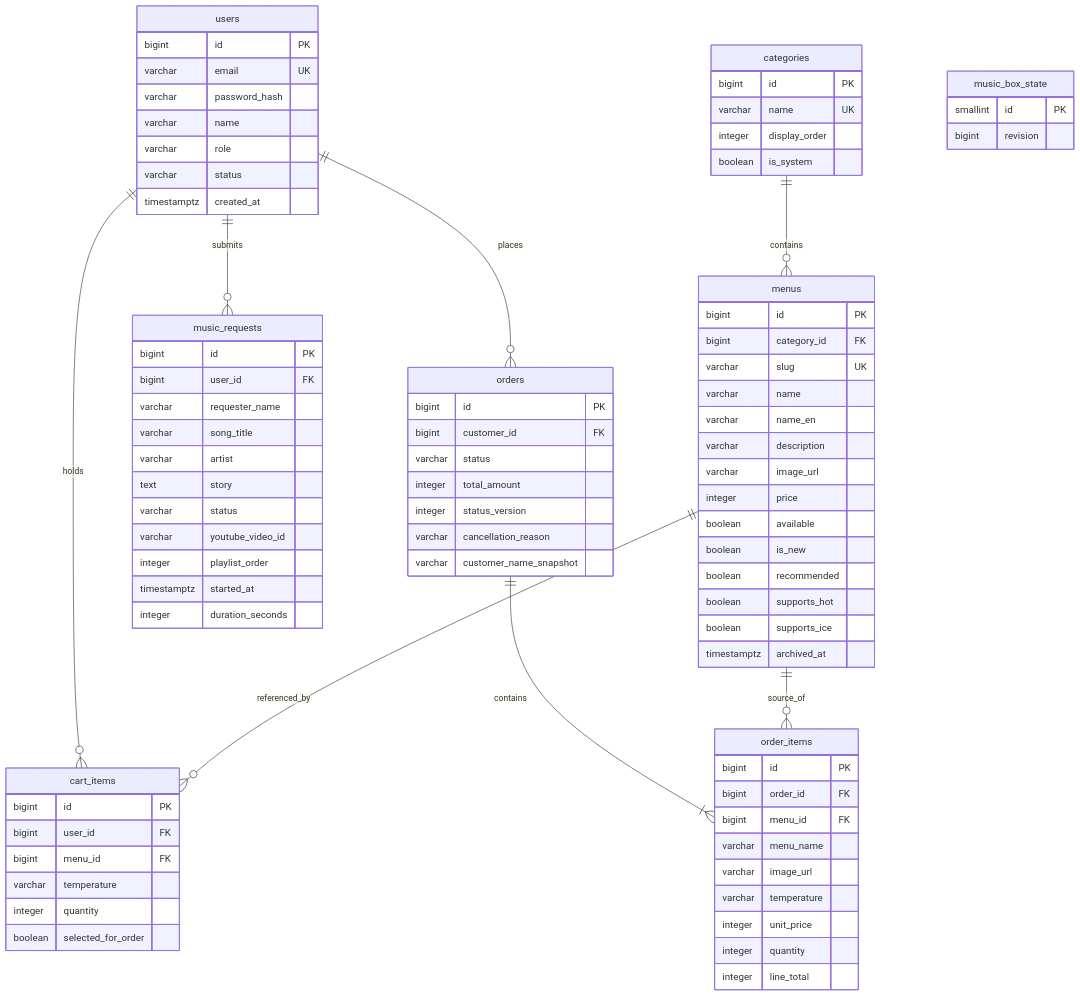
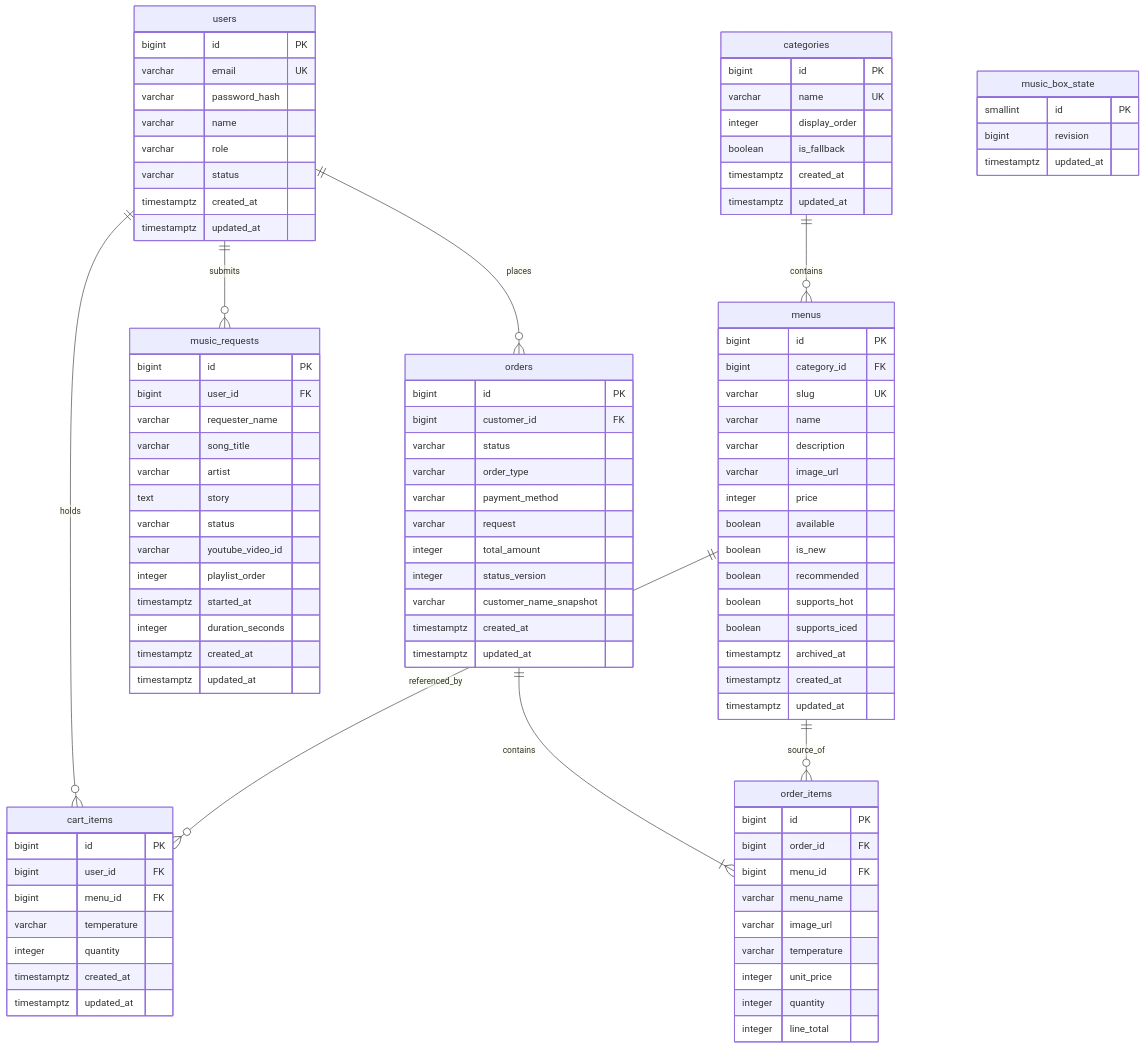
Before and after one commit to likelion-backendschool-9th/3team_ncafe: the diagram in docs/database-design.md, drawn with Mermaid. The commit also changed other lines of this file and 3 other files, not shown here.

````diff
--- a/docs/database-design.md
+++ b/docs/database-design.md
@@ -46,19 +46,21 @@
       varchar role
       varchar status
       timestamptz created_at
+      timestamptz updated_at
     }
     categories {
       bigint id PK
       varchar name UK
       integer display_order
-      boolean is_system
+      boolean is_fallback
+      timestamptz created_at
+      timestamptz updated_at
     }
     menus {
       bigint id PK
       bigint category_id FK
       varchar slug UK
       varchar name
-      varchar name_en
       varchar description
       varchar image_url
       integer price
@@ -66,8 +68,10 @@
       boolean is_new
       boolean recommended
       boolean supports_hot
-      boolean supports_ice
+      boolean supports_iced
       timestamptz archived_at
+      timestamptz created_at
+      timestamptz updated_at
     }
     cart_items {
       bigint id PK
@@ -75,16 +79,21 @@
       bigint menu_id FK
       varchar temperature
       integer quantity
-      boolean selected_for_order
+      timestamptz created_at
+      timestamptz updated_at
     }
     orders {
       bigint id PK
       bigint customer_id FK
       varchar status
+      varchar order_type
+      varchar payment_method
+      varchar request
       integer total_amount
       integer status_version
-      varchar cancellation_reason
       varchar customer_name_snapshot
+      timestamptz created_at
+      timestamptz updated_at
     }
     order_items {
       bigint id PK
@@ -100,6 +109,7 @@
     music_box_state {
       smallint id PK
       bigint revision
+      timestamptz updated_at
     }
     music_requests {
       bigint id PK
@@ -113,5 +123,7 @@
       integer playlist_order
       timestamptz started_at
       integer duration_seconds
+      timestamptz created_at
+      timestamptz updated_at
     }
 ```
````
